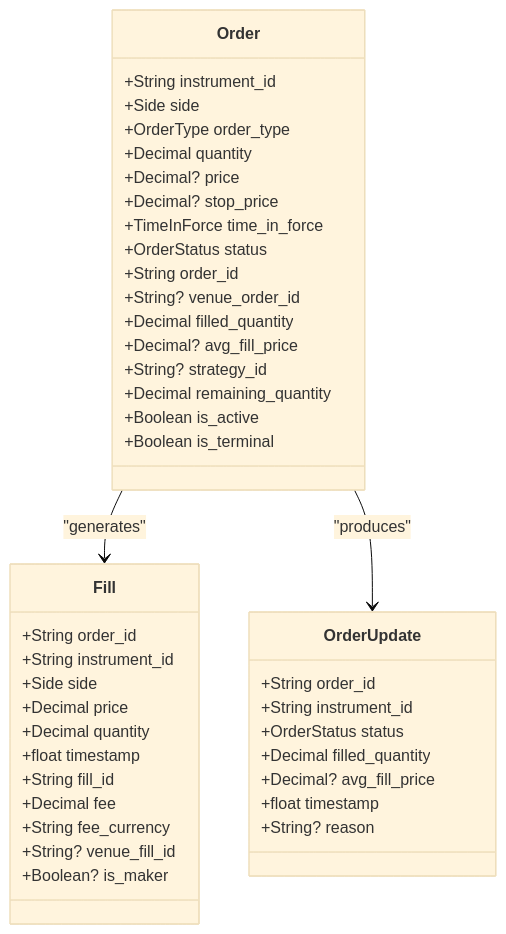
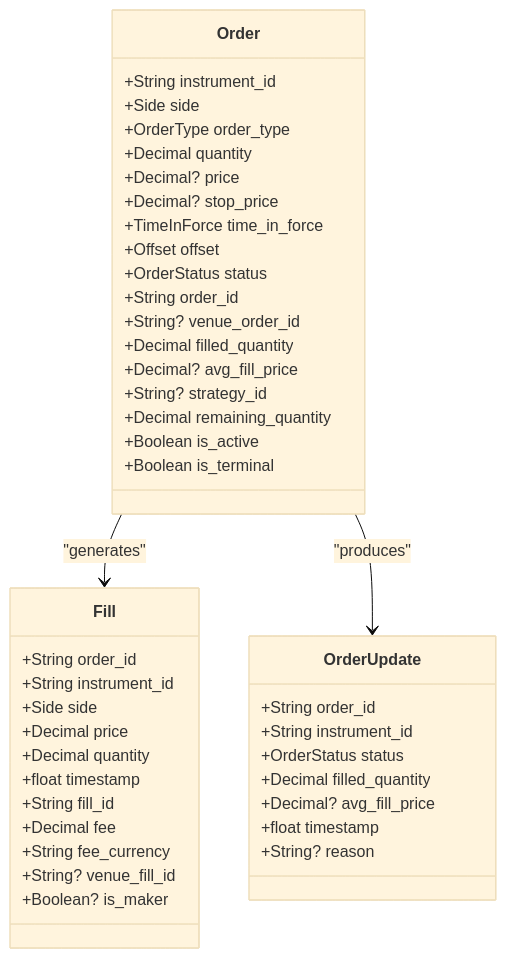
One commit to zt281/TycheEngine changed the seventh of 21 diagrams in .qoder/repowiki/en/content/Core Components/Multi-Asset Trading System.md. Above: the diagram before and after it, drawn with Mermaid (base theme). The commit also changed other lines of this file and 11 other files, not shown here.

````diff
--- a/.qoder/repowiki/en/content/Core Components/Multi-Asset Trading System.md
+++ b/.qoder/repowiki/en/content/Core Components/Multi-Asset Trading System.md
@@ -400,45 +415,46 @@
 ```mermaid
 classDiagram
 class Order {
 +String instrument_id
 +Side side
 +OrderType order_type
 +Decimal quantity
 +Decimal? price
 +Decimal? stop_price
 +TimeInForce time_in_force
++Offset offset
 +OrderStatus status
 +String order_id
 +String? venue_order_id
 +Decimal filled_quantity
 +Decimal? avg_fill_price
 +String? strategy_id
 +Decimal remaining_quantity
 +Boolean is_active
 +Boolean is_terminal
 }
 class Fill {
 +String order_id
 +String instrument_id
 +Side side
 +Decimal price
 +Decimal quantity
 +float timestamp
 +String fill_id
 +Decimal fee
 +String fee_currency
 +String? venue_fill_id
 +Boolean? is_maker
 }
 class OrderUpdate {
 +String order_id
 +String instrument_id
 +OrderStatus status
 +Decimal filled_quantity
 +Decimal? avg_fill_price
 +float timestamp
 +String? reason
 }
 Order --> Fill : "generates"
 Order --> OrderUpdate : "produces"
 ```
````
